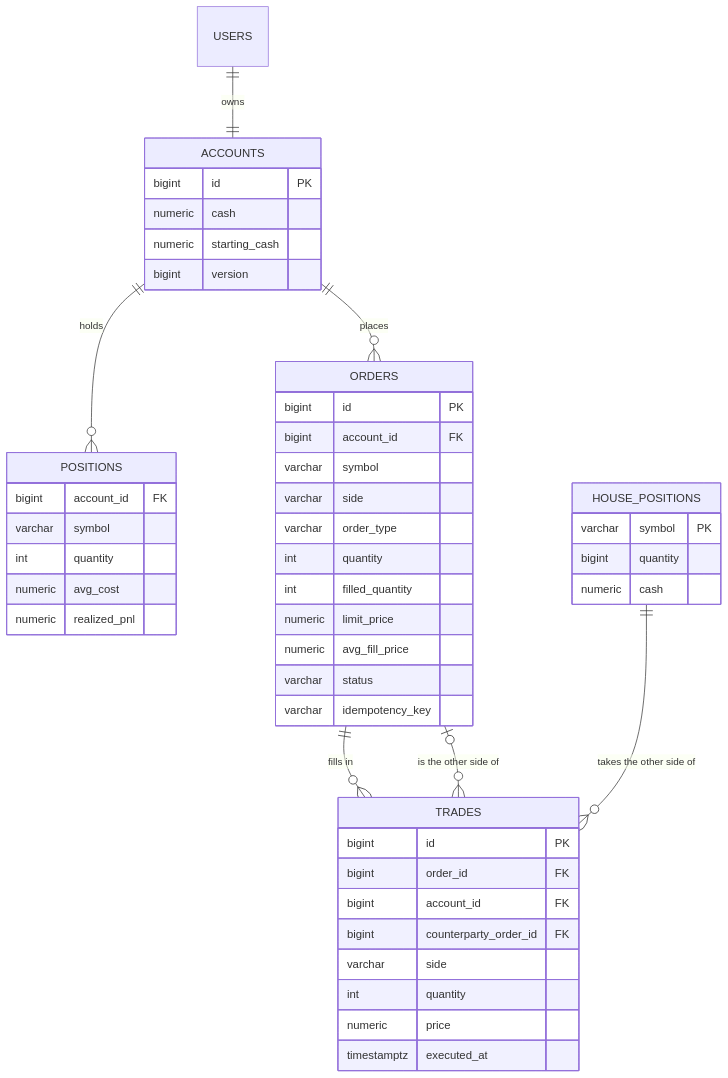
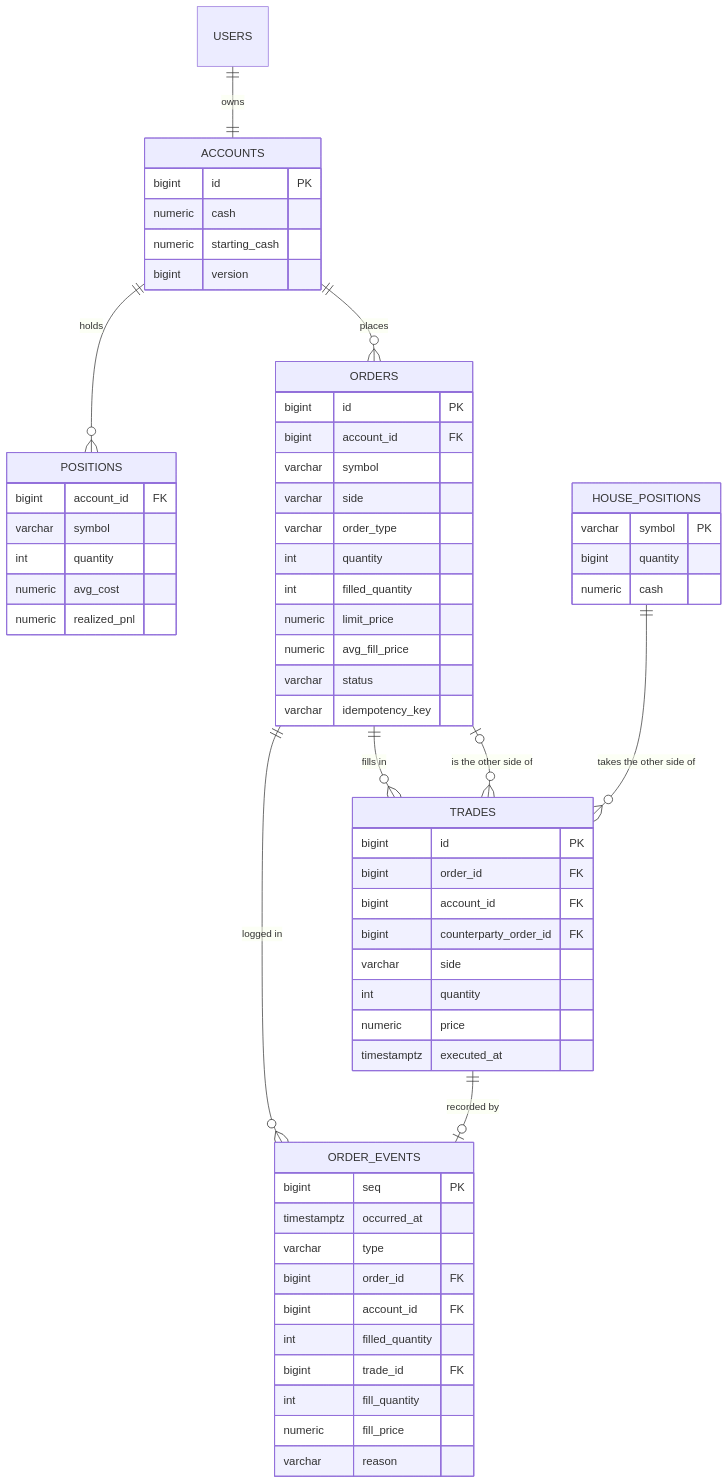
One commit to nishantshah0/cross-book changed the third of 3 diagrams in README.md. Above: the diagram before and after it, drawn with Mermaid. The commit also changed other lines of this file and 11 other files, not shown here.

First line of the commit message:
Log every order event with a sequence number

````diff
--- a/README.md
+++ b/README.md
@@ -174,51 +175,65 @@
 ```mermaid
 erDiagram
     USERS ||--|| ACCOUNTS : owns
     ACCOUNTS ||--o{ POSITIONS : holds
     ACCOUNTS ||--o{ ORDERS : places
     ORDERS ||--o{ TRADES : "fills in"
     ORDERS |o--o{ TRADES : "is the other side of"
     HOUSE_POSITIONS ||--o{ TRADES : "takes the other side of"
+    ORDERS ||--o{ ORDER_EVENTS : "logged in"
+    TRADES ||--o| ORDER_EVENTS : "recorded by"
 
     ACCOUNTS {
         bigint id PK
         numeric cash
         numeric starting_cash
         bigint version
     }
     POSITIONS {
         bigint account_id FK
         varchar symbol
         int quantity
         numeric avg_cost
         numeric realized_pnl
     }
     ORDERS {
         bigint id PK
         bigint account_id FK
         varchar symbol
         varchar side
         varchar order_type
         int quantity
         int filled_quantity
         numeric limit_price
         numeric avg_fill_price
         varchar status
         varchar idempotency_key
     }
     TRADES {
         bigint id PK
         bigint order_id FK
         bigint account_id FK
         bigint counterparty_order_id FK
         varchar side
         int quantity
         numeric price
         timestamptz executed_at
     }
     HOUSE_POSITIONS {
         varchar symbol PK
         bigint quantity
         numeric cash
     }
+    ORDER_EVENTS {
+        bigint seq PK
+        timestamptz occurred_at
+        varchar type
+        bigint order_id FK
+        bigint account_id FK
+        int filled_quantity
+        bigint trade_id FK
+        int fill_quantity
+        numeric fill_price
+        varchar reason
+    }
 ```
````
